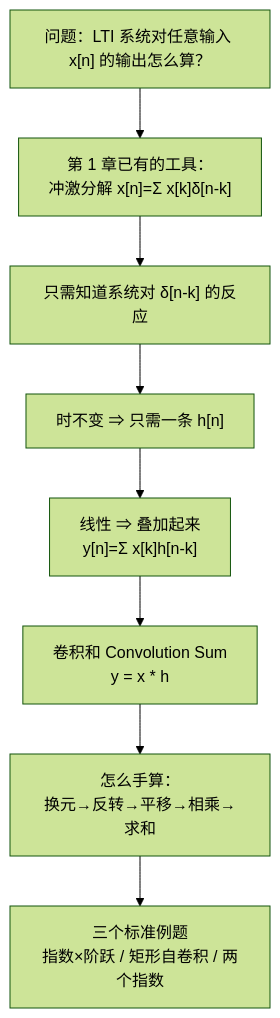
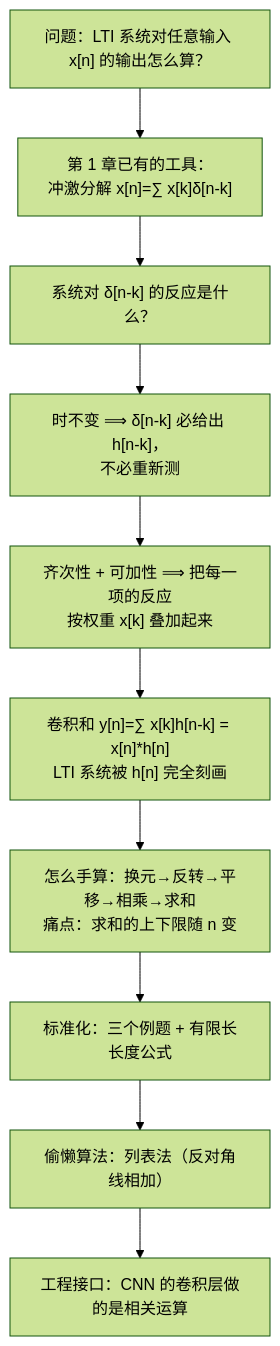
The first of 3 diagrams in 信号与系统/C2.1 离散时间LTI系统与卷积和.md (KayeAdams515/ClaudeNotes), drawn with Mermaid (forest theme) before and after one commit. The commit also changed other lines of this file and 23 other files, not shown here.

````diff
--- a/信号与系统/C2.1 离散时间LTI系统与卷积和.md
+++ b/信号与系统/C2.1 离散时间LTI系统与卷积和.md
@@ -32,10 +32,12 @@
 ```mermaid
 flowchart TD
-    A["问题：LTI 系统对任意输入 x[n] 的输出怎么算？"] --> B["第 1 章已有的工具：<br/>冲激分解 x[n]=Σ x[k]δ[n-k]"]
-    B --> C["只需知道系统对 δ[n-k] 的反应"]
-    C --> D["时不变 ⇒ 只需一条 h[n]"]
-    D --> E["线性 ⇒ 叠加起来<br/>y[n]=Σ x[k]h[n-k]"]
-    E --> F["卷积和 Convolution Sum<br/>y = x * h"]
-    F --> G["怎么手算：<br/>换元→反转→平移→相乘→求和"]
-    G --> H["三个标准例题<br/>指数×阶跃 / 矩形自卷积 / 两个指数"]
+    A["问题：LTI 系统对任意输入 x[n] 的输出怎么算？"] --> B["第 1 章已有的工具：<br/>冲激分解 x[n]=∑ x[k]δ[n-k]"]
+    B --> C["系统对 δ[n-k] 的反应是什么？"]
+    C --> D["时不变 ⟹ δ[n-k] 必给出 h[n-k]，<br/>不必重新测"]
+    D --> E["齐次性 + 可加性 ⟹ 把每一项的反应<br/>按权重 x[k] 叠加起来"]
+    E --> F["卷积和 y[n]=∑ x[k]h[n-k] = x[n]*h[n]<br/>LTI 系统被 h[n] 完全刻画"]
+    F --> G["怎么手算：换元→反转→平移→相乘→求和<br/>痛点：求和的上下限随 n 变"]
+    G --> H["标准化：三个例题 + 有限长长度公式"]
+    H --> I["偷懒算法：列表法（反对角线相加）"]
+    I --> J["工程接口：CNN 的卷积层做的是相关运算"]
 ```
````
